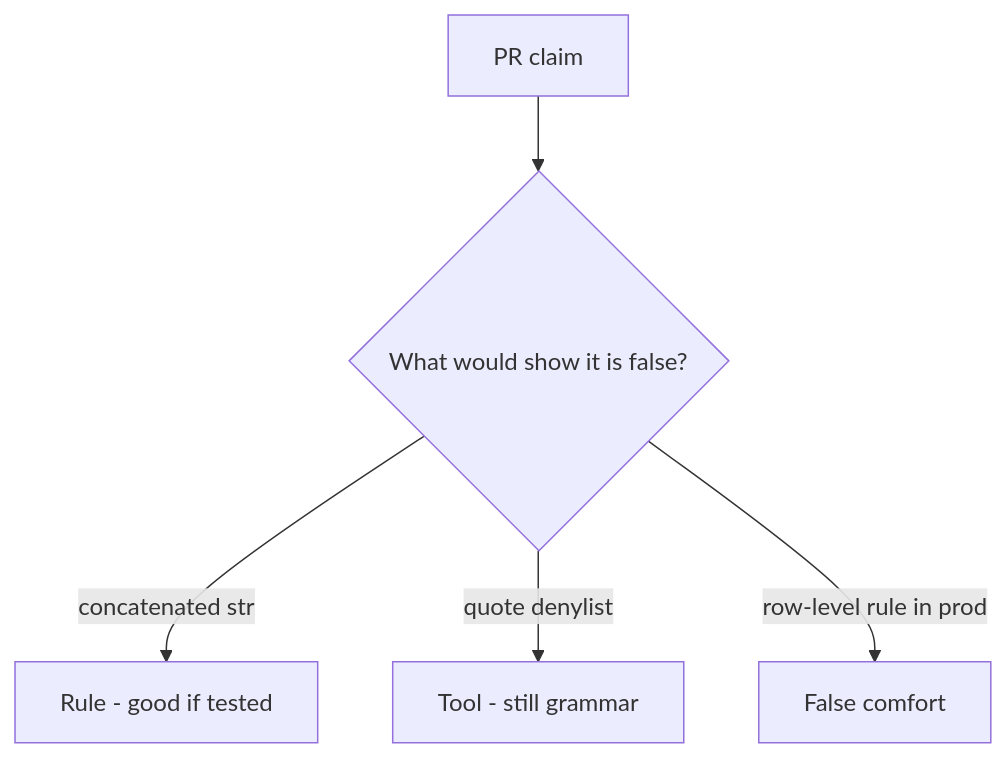
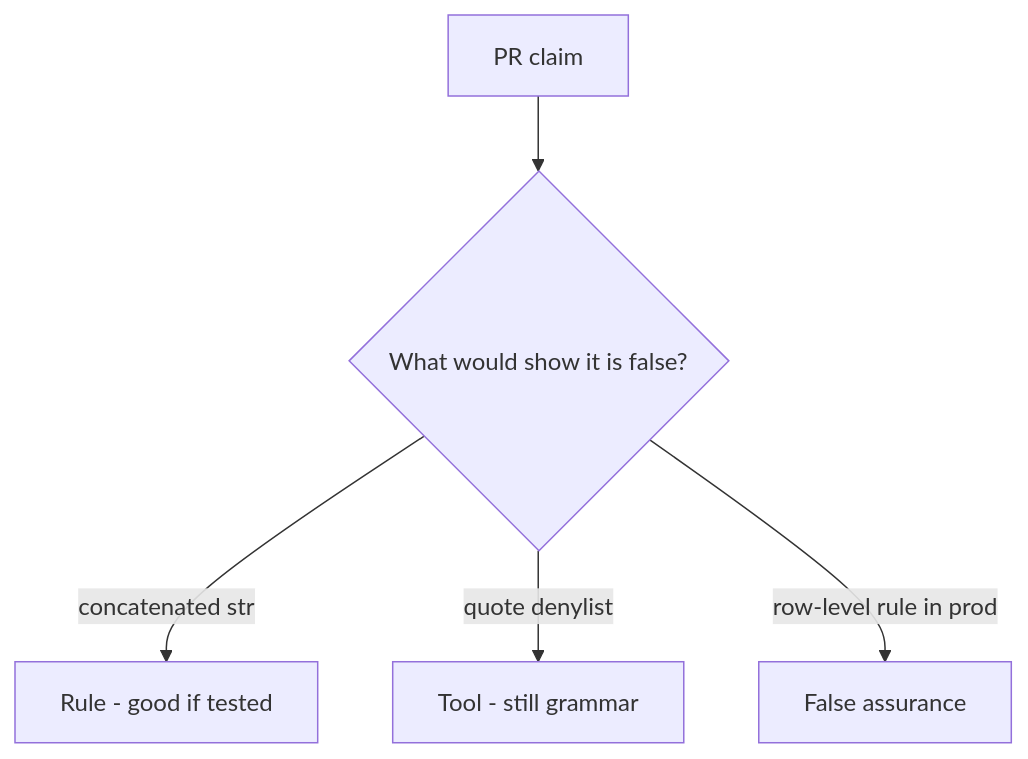
Before and after one commit to ishitvagoel/LearnSecurity: the diagram in content/modules/5/5.5/lessons/08-review.md, drawn with Mermaid. The commit also changed other lines of this file and 240 other files, not shown here.

````diff
--- a/content/modules/5/5.5/lessons/08-review.md
+++ b/content/modules/5/5.5/lessons/08-review.md
@@ -18,7 +18,7 @@
 ```mermaid
 flowchart TD
   Claim[PR claim] --> Q{"What would show it is false?"}
   Q -->|"concatenated str"| Property["Rule - good if tested"]
   Q -->|"quote denylist"| Mechanism[Tool - still grammar]
-  Q -->|"row-level rule in prod"| False[False comfort]
+  Q -->|"row-level rule in prod"| False[False assurance]
 ```
````
